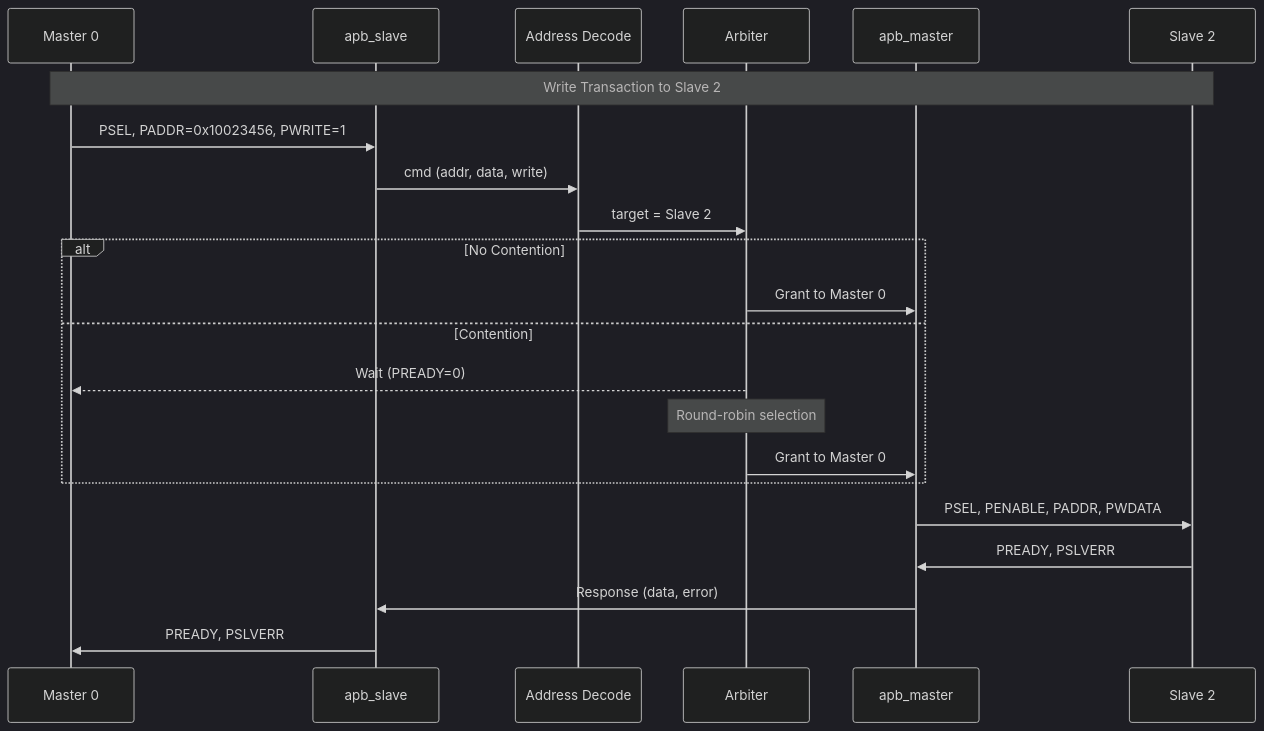
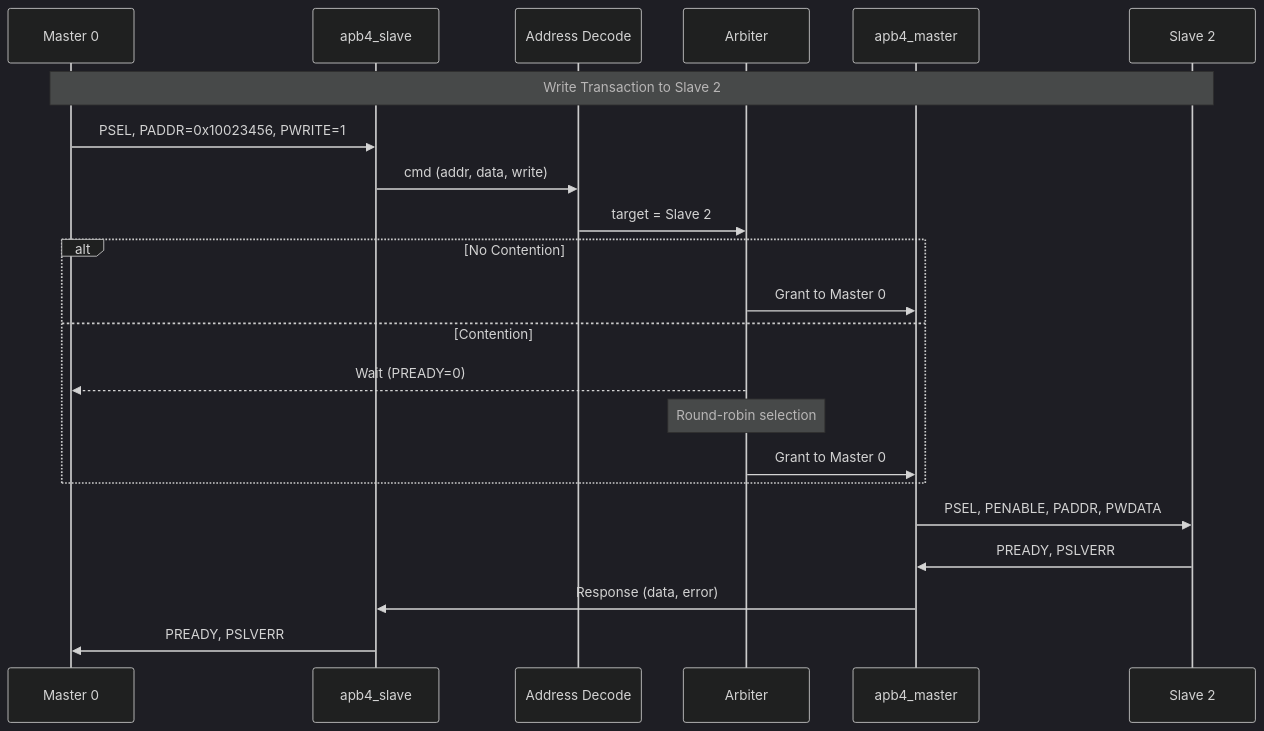
One commit to sean-galloway/RTLDesignSherpa changed the diagram in projects/components/apb_xbar/docs/apb_xbar_has/assets/mermaid/03_data_flow.mmd. Above: the diagram before and after it, drawn with Mermaid (dark theme). The commit also changed 486 other files, not shown here.

```diff
--- a/projects/components/apb_xbar/docs/apb_xbar_has/assets/mermaid/03_data_flow.mmd
+++ b/projects/components/apb_xbar/docs/apb_xbar_has/assets/mermaid/03_data_flow.mmd
@@ -1,26 +1,26 @@
 sequenceDiagram
     participant M0 as Master 0
-    participant APB_S as apb_slave
+    participant APB_S as apb4_slave
     participant DEC as Address Decode
     participant ARB as Arbiter
-    participant APB_M as apb_master
+    participant APB_M as apb4_master
     participant S2 as Slave 2
 
     Note over M0,S2: Write Transaction to Slave 2
 
     M0->>APB_S: PSEL, PADDR=0x10023456, PWRITE=1
     APB_S->>DEC: cmd (addr, data, write)
     DEC->>ARB: target = Slave 2
 
     alt No Contention
         ARB->>APB_M: Grant to Master 0
     else Contention
         ARB-->>M0: Wait (PREADY=0)
         Note over ARB: Round-robin selection
         ARB->>APB_M: Grant to Master 0
     end
 
     APB_M->>S2: PSEL, PENABLE, PADDR, PWDATA
     S2->>APB_M: PREADY, PSLVERR
     APB_M->>APB_S: Response (data, error)
     APB_S->>M0: PREADY, PSLVERR
```
